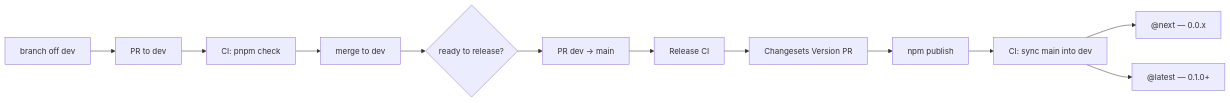
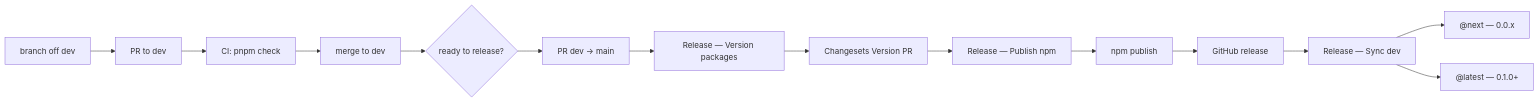
The first of 2 diagrams in docs/operations/DEPLOY.md (DaLexto/lexsys-ui), drawn with Mermaid before and after one commit. The commit also changed other lines of this file and 25 other files, not shown here.

````diff
--- a/docs/operations/DEPLOY.md
+++ b/docs/operations/DEPLOY.md
@@ -35,14 +35,16 @@
 ```mermaid
 flowchart LR
     devBranch[branch off dev] --> pr[PR to dev]
     pr --> ci["CI: pnpm check"]
     ci --> mergeDev[merge to dev]
     mergeDev --> ready{ready to release?}
     ready --> mainPR["PR dev → main"]
-    mainPR --> releaseCI[Release CI]
-    releaseCI --> versionPR[Changesets Version PR]
-    versionPR --> publish[npm publish]
-    publish --> syncDev["CI: sync main into dev"]
+    mainPR --> versionWF["Release — Version packages"]
+    versionWF --> versionPR[Changesets Version PR]
+    versionPR --> publishWF["Release — Publish npm"]
+    publishWF --> publish[npm publish]
+    publish --> ghRelease[GitHub release]
+    ghRelease --> syncDev["Release — Sync dev"]
     syncDev --> nextTag["@next — 0.0.x"]
     syncDev --> latestTag["@latest — 0.1.0+"]
 ```
````
